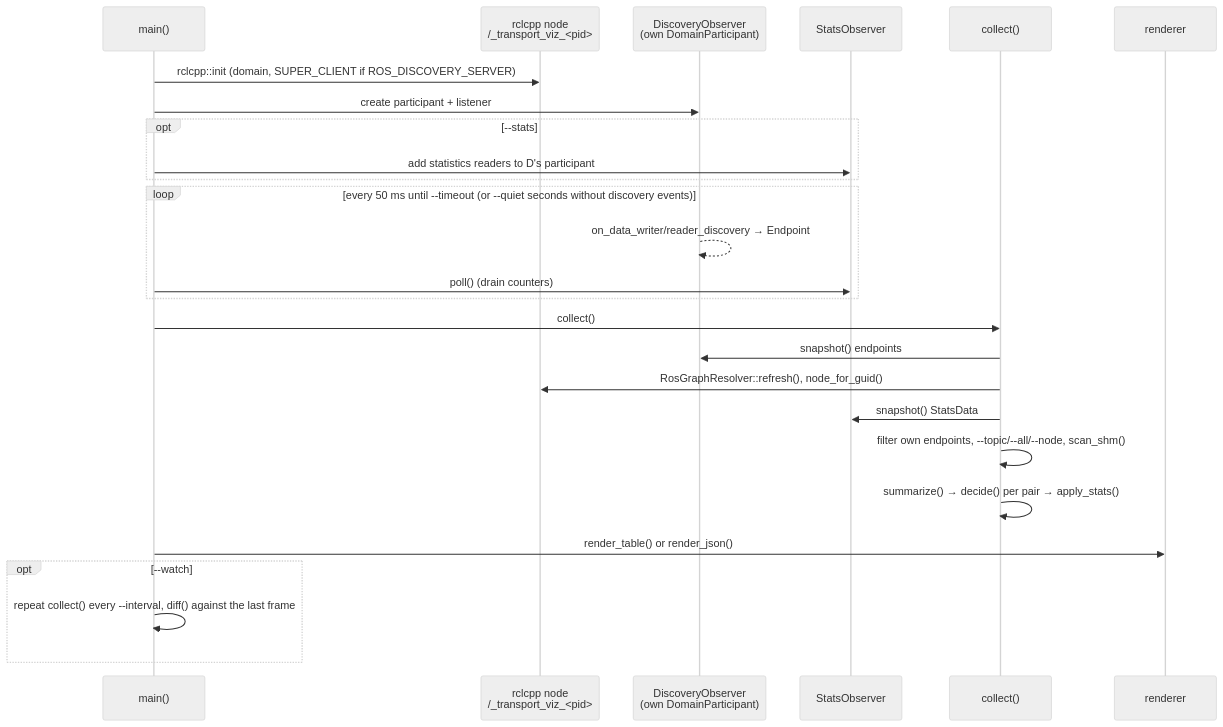
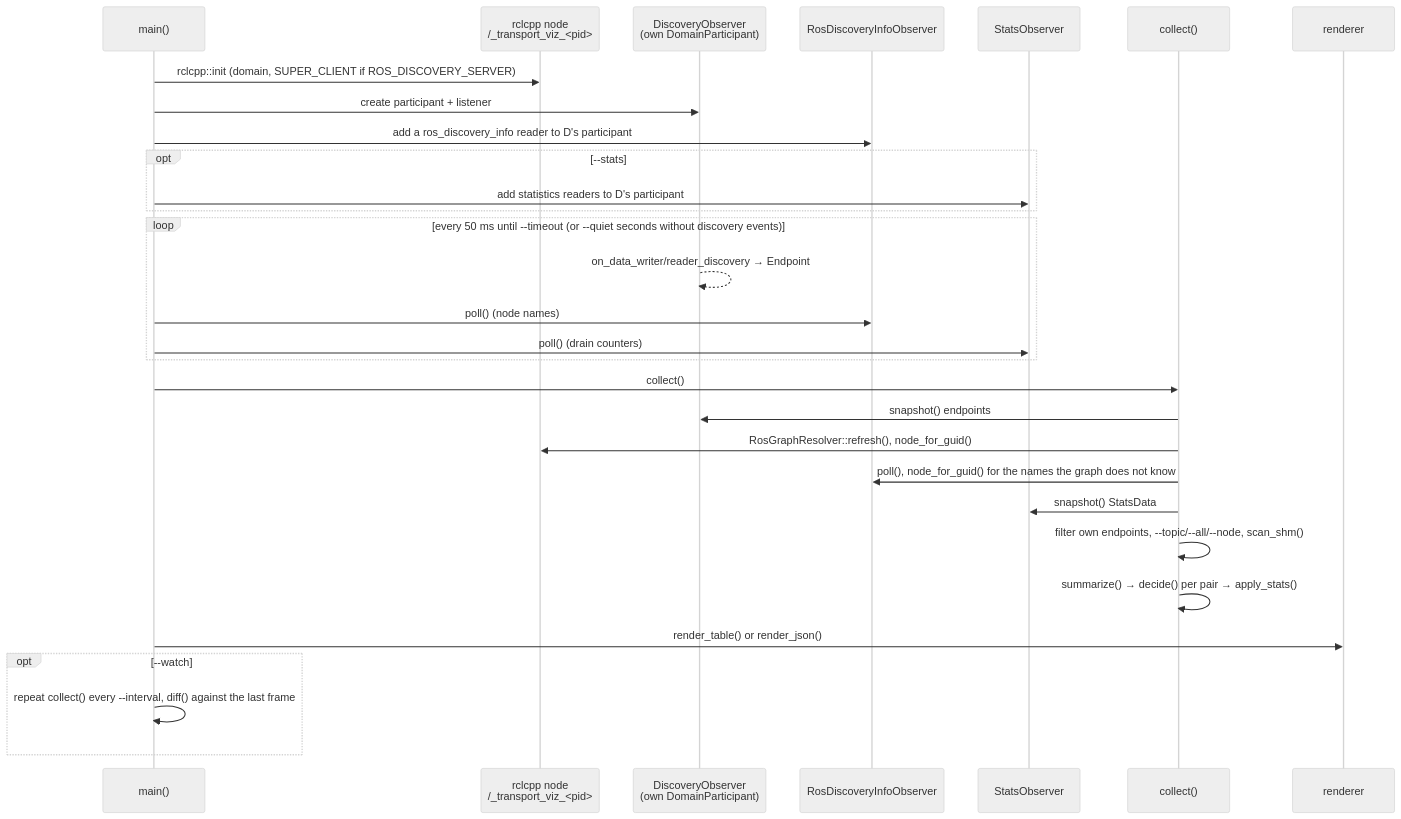
One commit to atinfinity/fastdds_transport_viz changed the second of 3 diagrams in docs/architecture.md. Above: the diagram before and after it, drawn with Mermaid (neutral theme). The commit also changed other lines of this file and 25 other files, not shown here.

First line of the commit message:
Read ros_discovery_info without SHM for node names

````diff
--- a/docs/architecture.md
+++ b/docs/architecture.md
@@ -62,28 +65,32 @@
 ```mermaid
 sequenceDiagram
     participant M as main()
     participant N as rclcpp node<br/>/_transport_viz_<pid>
     participant D as DiscoveryObserver<br/>(own DomainParticipant)
+    participant I as RosDiscoveryInfoObserver
     participant S as StatsObserver
     participant C as collect()
     participant R as renderer
     M->>N: rclcpp::init (domain, SUPER_CLIENT if ROS_DISCOVERY_SERVER)
     M->>D: create participant + listener
+    M->>I: add a ros_discovery_info reader to D's participant
     opt --stats
         M->>S: add statistics readers to D's participant
     end
     loop every 50 ms until --timeout (or --quiet seconds without discovery events)
         D-->>D: on_data_writer/reader_discovery → Endpoint
+        M->>I: poll() (node names)
         M->>S: poll() (drain counters)
     end
     M->>C: collect()
     C->>D: snapshot() endpoints
     C->>N: RosGraphResolver::refresh(), node_for_guid()
+    C->>I: poll(), node_for_guid() for the names the graph does not know
     C->>S: snapshot() StatsData
     C->>C: filter own endpoints, --topic/--all/--node, scan_shm()
     C->>C: summarize() → decide() per pair → apply_stats()
     M->>R: render_table() or render_json()
     opt --watch
         M->>M: repeat collect() every --interval, diff() against the last frame
     end
 ```
````
